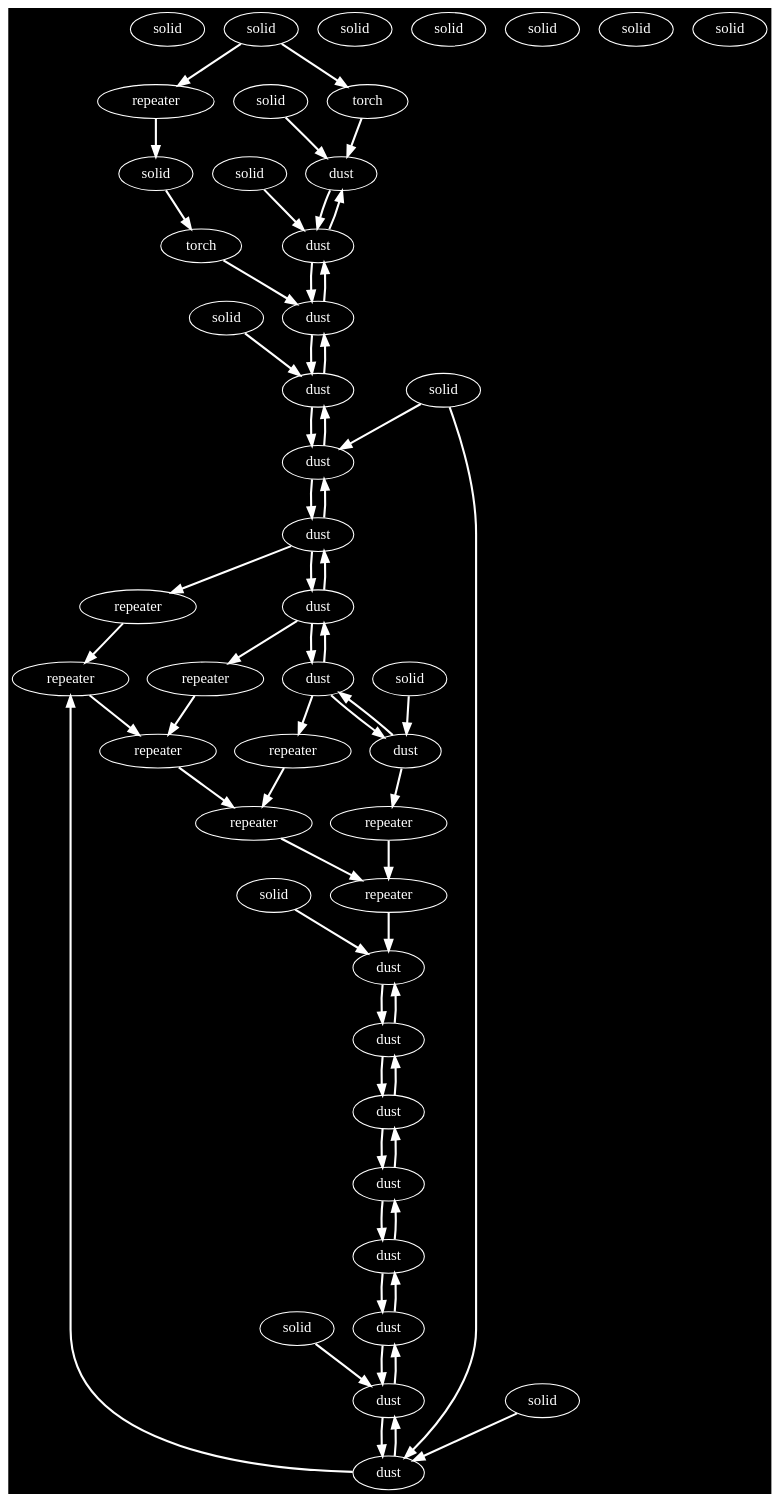
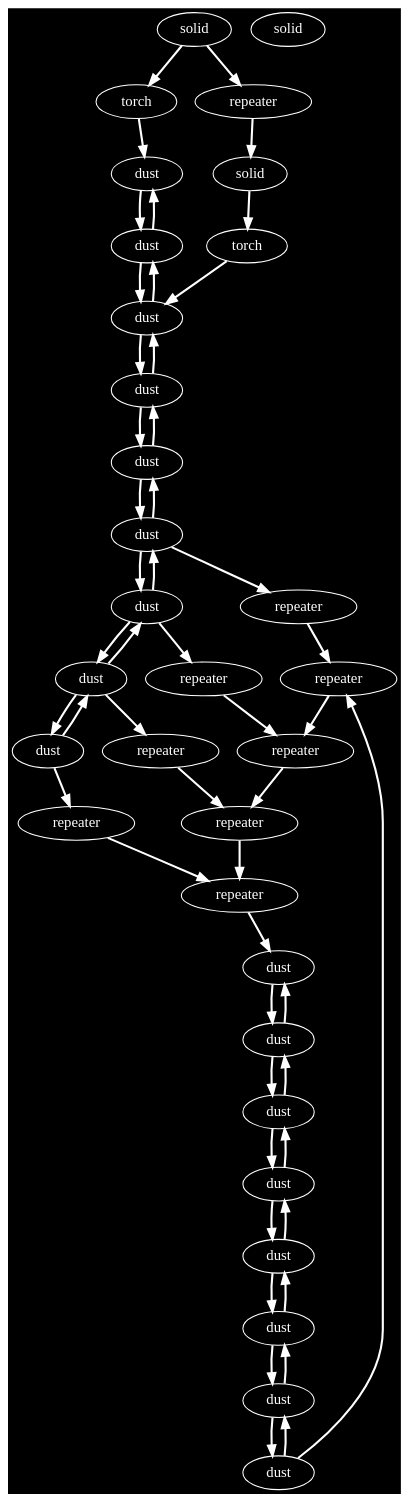
The diagram in common/src/main/java/in/lakazatong/pcbmod/redstone/examples/barrelshiftregister/barrel_shift_register.dot (lakazatong/PCBMod), drawn with Graphviz before and after one commit. The commit also changed 2 other files, not shown here.

```diff
--- a/common/src/main/java/in/lakazatong/pcbmod/redstone/examples/barrelshiftregister/barrel_shift_register.dot
+++ b/common/src/main/java/in/lakazatong/pcbmod/redstone/examples/barrelshiftregister/barrel_shift_register.dot
@@ -1,79 +1,64 @@
 digraph G {
     graph [bgcolor="black"];
-    "b9c15e73-9ecb-3daa-92ab-c95fe2925e75" [label="solid", style=filled, fillcolor="black", fontcolor="white", color="white", width=0.2, height=0.2];
     "79df7d33-2d57-3d20-9ada-cd3d04b6600f" [label="torch", style=filled, fillcolor="black", fontcolor="white", color="white", width=0.2, height=0.2];
     "ae5c3ec0-8f59-3a13-be35-a83d1c5bf039" -> "79df7d33-2d57-3d20-9ada-cd3d04b6600f" [color="white", arrowhead="normal", fontcolor="white", penwidth=2];
-    "5347ab2b-c54b-3604-96f0-26b7888cd3a1" [label="solid", style=filled, fillcolor="black", fontcolor="white", color="white", width=0.2, height=0.2];
     "5b571f68-0f15-3501-a320-b0a83a0254b0" [label="dust", style=filled, fillcolor="black", fontcolor="white", color="white", width=0.2, height=0.2];
+    "93c9a203-347c-32af-be83-3c4651199f25" -> "5b571f68-0f15-3501-a320-b0a83a0254b0" [color="white", arrowhead="normal", fontcolor="white", penwidth=2];
     "731819ad-7f4a-3e8a-9762-ef11a44172a9" -> "5b571f68-0f15-3501-a320-b0a83a0254b0" [color="white", arrowhead="normal", fontcolor="white", penwidth=2];
-    "93c9a203-347c-32af-be83-3c4651199f25" -> "5b571f68-0f15-3501-a320-b0a83a0254b0" [color="white", arrowhead="normal", fontcolor="white", penwidth=2];
+    "6e8699f1-07e9-3886-ac39-3d130127e887" [label="dust", style=filled, fillcolor="black", fontcolor="white", color="white", width=0.2, height=0.2];
+    "bfe9b9b4-8c47-3d21-b63b-7f53c41a60e2" -> "6e8699f1-07e9-3886-ac39-3d130127e887" [color="white", arrowhead="normal", fontcolor="white", penwidth=2];
+    "a8429368-62d3-3944-a286-bc658fb863d8" -> "6e8699f1-07e9-3886-ac39-3d130127e887" [color="white", arrowhead="normal", fontcolor="white", penwidth=2];
     "b5c2f3cf-6c87-3be1-bf80-d28025e2f21b" [label="solid", style=filled, fillcolor="black", fontcolor="white", color="white", width=0.2, height=0.2];
     "143daf94-f451-3ae6-b069-5bfc234f2cec" -> "b5c2f3cf-6c87-3be1-bf80-d28025e2f21b" [color="white", arrowhead="normal", fontcolor="white", penwidth=2];
-    "6e8699f1-07e9-3886-ac39-3d130127e887" [label="dust", style=filled, fillcolor="black", fontcolor="white", color="white", width=0.2, height=0.2];
-    "a8429368-62d3-3944-a286-bc658fb863d8" -> "6e8699f1-07e9-3886-ac39-3d130127e887" [color="white", arrowhead="normal", fontcolor="white", penwidth=2];
-    "cc63c546-47d9-3367-8ea4-4a239841f433" -> "6e8699f1-07e9-3886-ac39-3d130127e887" [color="white", arrowhead="normal", fontcolor="white", penwidth=2];
-    "bfe9b9b4-8c47-3d21-b63b-7f53c41a60e2" -> "6e8699f1-07e9-3886-ac39-3d130127e887" [color="white", arrowhead="normal", fontcolor="white", penwidth=2];
     "a0b8a2e1-807b-3ef1-8f82-0cbb61817378" [label="repeater", style=filled, fillcolor="black", fontcolor="white", color="white", width=0.2, height=0.2];
     "220de361-52fd-3d21-9d87-834fd0982ec4" -> "a0b8a2e1-807b-3ef1-8f82-0cbb61817378" [color="white", arrowhead="normal", fontcolor="white", penwidth=2];
-    "911149af-68a6-37f7-a04e-79d9e9e2934e" [label="solid", style=filled, fillcolor="black", fontcolor="white", color="white", width=0.2, height=0.2];
     "71b08495-6a86-375b-bd10-6399bc71acd4" [label="dust", style=filled, fillcolor="black", fontcolor="white", color="white", width=0.2, height=0.2];
-    "202901a9-65a6-3ada-ae39-645d281311e6" -> "71b08495-6a86-375b-bd10-6399bc71acd4" [color="white", arrowhead="normal", fontcolor="white", penwidth=2];
     "bfe9b9b4-8c47-3d21-b63b-7f53c41a60e2" -> "71b08495-6a86-375b-bd10-6399bc71acd4" [color="white", arrowhead="normal", fontcolor="white", penwidth=2];
     "dcedc68e-aaef-3f99-91cf-3883d9b53890" -> "71b08495-6a86-375b-bd10-6399bc71acd4" [color="white", arrowhead="normal", fontcolor="white", penwidth=2];
-    "59652766-359b-369a-be57-7ae10ed44df7" [label="solid", style=filled, fillcolor="black", fontcolor="white", color="white", width=0.2, height=0.2];
     "f11ffa8d-1c36-35fe-8378-cb3c0250a556" [label="dust", style=filled, fillcolor="black", fontcolor="white", color="white", width=0.2, height=0.2];
     "695c2b58-b2cd-36e8-8747-dad888f756e5" -> "f11ffa8d-1c36-35fe-8378-cb3c0250a556" [color="white", arrowhead="normal", fontcolor="white", penwidth=2];
     "57d8dfcb-3e15-3785-a9f8-d92c67260304" -> "f11ffa8d-1c36-35fe-8378-cb3c0250a556" [color="white", arrowhead="normal", fontcolor="white", penwidth=2];
-    "9b3f7a47-7d06-3637-9dcb-d8a5d70c4930" [label="solid", style=filled, fillcolor="black", fontcolor="white", color="white", width=0.2, height=0.2];
     "b3674d69-58f3-32f4-a34d-619b6201dc42" [label="repeater", style=filled, fillcolor="black", fontcolor="white", color="white", width=0.2, height=0.2];
+    "a0b8a2e1-807b-3ef1-8f82-0cbb61817378" -> "b3674d69-58f3-32f4-a34d-619b6201dc42" [color="white", arrowhead="normal", fontcolor="white", penwidth=2];
     "f4516df4-5e20-3dc2-b494-1ea993de6395" -> "b3674d69-58f3-32f4-a34d-619b6201dc42" [color="white", arrowhead="normal", fontcolor="white", penwidth=2];
-    "a0b8a2e1-807b-3ef1-8f82-0cbb61817378" -> "b3674d69-58f3-32f4-a34d-619b6201dc42" [color="white", arrowhead="normal", fontcolor="white", penwidth=2];
     "6ff95c65-d545-3e48-8207-e826dedabc76" [label="repeater", style=filled, fillcolor="black", fontcolor="white", color="white", width=0.2, height=0.2];
     "267b5d56-777a-3979-8a0c-28f87be30e9a" -> "6ff95c65-d545-3e48-8207-e826dedabc76" [color="white", arrowhead="normal", fontcolor="white", penwidth=2];
     "61219756-d840-3b11-bf42-37dbd296f7b4" [label="dust", style=filled, fillcolor="black", fontcolor="white", color="white", width=0.2, height=0.2];
     "93c9a203-347c-32af-be83-3c4651199f25" -> "61219756-d840-3b11-bf42-37dbd296f7b4" [color="white", arrowhead="normal", fontcolor="white", penwidth=2];
     "29c179f9-a450-3f5d-8676-022c50f4696a" -> "61219756-d840-3b11-bf42-37dbd296f7b4" [color="white", arrowhead="normal", fontcolor="white", penwidth=2];
-    "911149af-68a6-37f7-a04e-79d9e9e2934e" -> "61219756-d840-3b11-bf42-37dbd296f7b4" [color="white", arrowhead="normal", fontcolor="white", penwidth=2];
     "8cc3a70e-0ef4-3ef8-9715-bf8d620a08cd" [label="torch", style=filled, fillcolor="black", fontcolor="white", color="white", width=0.2, height=0.2];
     "b5c2f3cf-6c87-3be1-bf80-d28025e2f21b" -> "8cc3a70e-0ef4-3ef8-9715-bf8d620a08cd" [color="white", arrowhead="normal", fontcolor="white", penwidth=2];
-    "a1360e59-17f4-34c1-a6f4-d747a4a1b217" [label="solid", style=filled, fillcolor="black", fontcolor="white", color="white", width=0.2, height=0.2];
     "93c9a203-347c-32af-be83-3c4651199f25" [label="dust", style=filled, fillcolor="black", fontcolor="white", color="white", width=0.2, height=0.2];
+    "61219756-d840-3b11-bf42-37dbd296f7b4" -> "93c9a203-347c-32af-be83-3c4651199f25" [color="white", arrowhead="normal", fontcolor="white", penwidth=2];
     "5b571f68-0f15-3501-a320-b0a83a0254b0" -> "93c9a203-347c-32af-be83-3c4651199f25" [color="white", arrowhead="normal", fontcolor="white", penwidth=2];
-    "61219756-d840-3b11-bf42-37dbd296f7b4" -> "93c9a203-347c-32af-be83-3c4651199f25" [color="white", arrowhead="normal", fontcolor="white", penwidth=2];
     "cbbd73e2-2c5d-3fc1-b1a2-64cfc9b0657d" [label="dust", style=filled, fillcolor="black", fontcolor="white", color="white", width=0.2, height=0.2];
     "44ca0ece-ef77-3808-b467-15a54e5526c1" -> "cbbd73e2-2c5d-3fc1-b1a2-64cfc9b0657d" [color="white", arrowhead="normal", fontcolor="white", penwidth=2];
-    "97f0f680-d63b-3547-a0ce-e457be9fd927" -> "cbbd73e2-2c5d-3fc1-b1a2-64cfc9b0657d" [color="white", arrowhead="normal", fontcolor="white", penwidth=2];
     "267b5d56-777a-3979-8a0c-28f87be30e9a" [label="dust", style=filled, fillcolor="black", fontcolor="white", color="white", width=0.2, height=0.2];
     "a8429368-62d3-3944-a286-bc658fb863d8" -> "267b5d56-777a-3979-8a0c-28f87be30e9a" [color="white", arrowhead="normal", fontcolor="white", penwidth=2];
     "220de361-52fd-3d21-9d87-834fd0982ec4" -> "267b5d56-777a-3979-8a0c-28f87be30e9a" [color="white", arrowhead="normal", fontcolor="white", penwidth=2];
     "220de361-52fd-3d21-9d87-834fd0982ec4" [label="dust", style=filled, fillcolor="black", fontcolor="white", color="white", width=0.2, height=0.2];
+    "44ca0ece-ef77-3808-b467-15a54e5526c1" -> "220de361-52fd-3d21-9d87-834fd0982ec4" [color="white", arrowhead="normal", fontcolor="white", penwidth=2];
     "267b5d56-777a-3979-8a0c-28f87be30e9a" -> "220de361-52fd-3d21-9d87-834fd0982ec4" [color="white", arrowhead="normal", fontcolor="white", penwidth=2];
-    "44ca0ece-ef77-3808-b467-15a54e5526c1" -> "220de361-52fd-3d21-9d87-834fd0982ec4" [color="white", arrowhead="normal", fontcolor="white", penwidth=2];
     "009a3cb1-4a7e-3cf6-963d-5ec36d3ac40f" [label="repeater", style=filled, fillcolor="black", fontcolor="white", color="white", width=0.2, height=0.2];
+    "222a7fb5-fd6f-31a6-969b-346b9d6d4a7b" -> "009a3cb1-4a7e-3cf6-963d-5ec36d3ac40f" [color="white", arrowhead="normal", fontcolor="white", penwidth=2];
     "b3674d69-58f3-32f4-a34d-619b6201dc42" -> "009a3cb1-4a7e-3cf6-963d-5ec36d3ac40f" [color="white", arrowhead="normal", fontcolor="white", penwidth=2];
-    "222a7fb5-fd6f-31a6-969b-346b9d6d4a7b" -> "009a3cb1-4a7e-3cf6-963d-5ec36d3ac40f" [color="white", arrowhead="normal", fontcolor="white", penwidth=2];
     "143daf94-f451-3ae6-b069-5bfc234f2cec" [label="repeater", style=filled, fillcolor="black", fontcolor="white", color="white", width=0.2, height=0.2];
     "ae5c3ec0-8f59-3a13-be35-a83d1c5bf039" -> "143daf94-f451-3ae6-b069-5bfc234f2cec" [color="white", arrowhead="normal", fontcolor="white", penwidth=2];
     "bfe9b9b4-8c47-3d21-b63b-7f53c41a60e2" [label="dust", style=filled, fillcolor="black", fontcolor="white", color="white", width=0.2, height=0.2];
-    "6e8699f1-07e9-3886-ac39-3d130127e887" -> "bfe9b9b4-8c47-3d21-b63b-7f53c41a60e2" [color="white", arrowhead="normal", fontcolor="white", penwidth=2];
     "71b08495-6a86-375b-bd10-6399bc71acd4" -> "bfe9b9b4-8c47-3d21-b63b-7f53c41a60e2" [color="white", arrowhead="normal", fontcolor="white", penwidth=2];
     "8cc3a70e-0ef4-3ef8-9715-bf8d620a08cd" -> "bfe9b9b4-8c47-3d21-b63b-7f53c41a60e2" [color="white", arrowhead="normal", fontcolor="white", penwidth=2];
+    "6e8699f1-07e9-3886-ac39-3d130127e887" -> "bfe9b9b4-8c47-3d21-b63b-7f53c41a60e2" [color="white", arrowhead="normal", fontcolor="white", penwidth=2];
     "7c407d07-70a8-349e-9dea-9706270d5a7c" [label="repeater", style=filled, fillcolor="black", fontcolor="white", color="white", width=0.2, height=0.2];
     "cbbd73e2-2c5d-3fc1-b1a2-64cfc9b0657d" -> "7c407d07-70a8-349e-9dea-9706270d5a7c" [color="white", arrowhead="normal", fontcolor="white", penwidth=2];
     "695c2b58-b2cd-36e8-8747-dad888f756e5" [label="dust", style=filled, fillcolor="black", fontcolor="white", color="white", width=0.2, height=0.2];
-    "6bddd822-2136-38da-8e2d-4d47f6697966" -> "695c2b58-b2cd-36e8-8747-dad888f756e5" [color="white", arrowhead="normal", fontcolor="white", penwidth=2];
     "f11ffa8d-1c36-35fe-8378-cb3c0250a556" -> "695c2b58-b2cd-36e8-8747-dad888f756e5" [color="white", arrowhead="normal", fontcolor="white", penwidth=2];
     "ca50d698-bdd8-38ba-bb4f-338b9d828919" -> "695c2b58-b2cd-36e8-8747-dad888f756e5" [color="white", arrowhead="normal", fontcolor="white", penwidth=2];
-    "1d9acc7d-fce5-3346-9ecd-6664a05c1cdd" [label="solid", style=filled, fillcolor="black", fontcolor="white", color="white", width=0.2, height=0.2];
-    "97f0f680-d63b-3547-a0ce-e457be9fd927" [label="solid", style=filled, fillcolor="black", fontcolor="white", color="white", width=0.2, height=0.2];
     "44ca0ece-ef77-3808-b467-15a54e5526c1" [label="dust", style=filled, fillcolor="black", fontcolor="white", color="white", width=0.2, height=0.2];
     "220de361-52fd-3d21-9d87-834fd0982ec4" -> "44ca0ece-ef77-3808-b467-15a54e5526c1" [color="white", arrowhead="normal", fontcolor="white", penwidth=2];
     "cbbd73e2-2c5d-3fc1-b1a2-64cfc9b0657d" -> "44ca0ece-ef77-3808-b467-15a54e5526c1" [color="white", arrowhead="normal", fontcolor="white", penwidth=2];
-    "202901a9-65a6-3ada-ae39-645d281311e6" [label="solid", style=filled, fillcolor="black", fontcolor="white", color="white", width=0.2, height=0.2];
     "731819ad-7f4a-3e8a-9762-ef11a44172a9" [label="dust", style=filled, fillcolor="black", fontcolor="white", color="white", width=0.2, height=0.2];
     "57d8dfcb-3e15-3785-a9f8-d92c67260304" -> "731819ad-7f4a-3e8a-9762-ef11a44172a9" [color="white", arrowhead="normal", fontcolor="white", penwidth=2];
     "5b571f68-0f15-3501-a320-b0a83a0254b0" -> "731819ad-7f4a-3e8a-9762-ef11a44172a9" [color="white", arrowhead="normal", fontcolor="white", penwidth=2];
-    "cc63c546-47d9-3367-8ea4-4a239841f433" [label="solid", style=filled, fillcolor="black", fontcolor="white", color="white", width=0.2, height=0.2];
     "38eb184d-552f-3a21-aa7f-6a6563d916c5" [label="solid", style=filled, fillcolor="black", fontcolor="white", color="white", width=0.2, height=0.2];
     "222a7fb5-fd6f-31a6-969b-346b9d6d4a7b" [label="repeater", style=filled, fillcolor="black", fontcolor="white", color="white", width=0.2, height=0.2];
     "44ca0ece-ef77-3808-b467-15a54e5526c1" -> "222a7fb5-fd6f-31a6-969b-346b9d6d4a7b" [color="white", arrowhead="normal", fontcolor="white", penwidth=2];
@@ -84,22 +69,15 @@
     "6ff95c65-d545-3e48-8207-e826dedabc76" -> "f4516df4-5e20-3dc2-b494-1ea993de6395" [color="white", arrowhead="normal", fontcolor="white", penwidth=2];
     "ca50d698-bdd8-38ba-bb4f-338b9d828919" -> "f4516df4-5e20-3dc2-b494-1ea993de6395" [color="white", arrowhead="normal", fontcolor="white", penwidth=2];
     "57d8dfcb-3e15-3785-a9f8-d92c67260304" [label="dust", style=filled, fillcolor="black", fontcolor="white", color="white", width=0.2, height=0.2];
+    "f11ffa8d-1c36-35fe-8378-cb3c0250a556" -> "57d8dfcb-3e15-3785-a9f8-d92c67260304" [color="white", arrowhead="normal", fontcolor="white", penwidth=2];
     "731819ad-7f4a-3e8a-9762-ef11a44172a9" -> "57d8dfcb-3e15-3785-a9f8-d92c67260304" [color="white", arrowhead="normal", fontcolor="white", penwidth=2];
-    "f11ffa8d-1c36-35fe-8378-cb3c0250a556" -> "57d8dfcb-3e15-3785-a9f8-d92c67260304" [color="white", arrowhead="normal", fontcolor="white", penwidth=2];
     "ca50d698-bdd8-38ba-bb4f-338b9d828919" [label="dust", style=filled, fillcolor="black", fontcolor="white", color="white", width=0.2, height=0.2];
     "695c2b58-b2cd-36e8-8747-dad888f756e5" -> "ca50d698-bdd8-38ba-bb4f-338b9d828919" [color="white", arrowhead="normal", fontcolor="white", penwidth=2];
-    "87ed5b72-f553-389b-956d-7719fed7e18c" -> "ca50d698-bdd8-38ba-bb4f-338b9d828919" [color="white", arrowhead="normal", fontcolor="white", penwidth=2];
-    "1d9acc7d-fce5-3346-9ecd-6664a05c1cdd" -> "ca50d698-bdd8-38ba-bb4f-338b9d828919" [color="white", arrowhead="normal", fontcolor="white", penwidth=2];
-    "6bddd822-2136-38da-8e2d-4d47f6697966" [label="solid", style=filled, fillcolor="black", fontcolor="white", color="white", width=0.2, height=0.2];
-    "87ed5b72-f553-389b-956d-7719fed7e18c" [label="solid", style=filled, fillcolor="black", fontcolor="white", color="white", width=0.2, height=0.2];
-    "870ed7a9-1045-3d9b-8b13-8b295d6cae57" [label="solid", style=filled, fillcolor="black", fontcolor="white", color="white", width=0.2, height=0.2];
+    "dcedc68e-aaef-3f99-91cf-3883d9b53890" [label="dust", style=filled, fillcolor="black", fontcolor="white", color="white", width=0.2, height=0.2];
+    "71b08495-6a86-375b-bd10-6399bc71acd4" -> "dcedc68e-aaef-3f99-91cf-3883d9b53890" [color="white", arrowhead="normal", fontcolor="white", penwidth=2];
+    "79df7d33-2d57-3d20-9ada-cd3d04b6600f" -> "dcedc68e-aaef-3f99-91cf-3883d9b53890" [color="white", arrowhead="normal", fontcolor="white", penwidth=2];
     "ae5c3ec0-8f59-3a13-be35-a83d1c5bf039" [label="solid", style=filled, fillcolor="black", fontcolor="white", color="white", width=0.2, height=0.2];
-    "dcedc68e-aaef-3f99-91cf-3883d9b53890" [label="dust", style=filled, fillcolor="black", fontcolor="white", color="white", width=0.2, height=0.2];
-    "79df7d33-2d57-3d20-9ada-cd3d04b6600f" -> "dcedc68e-aaef-3f99-91cf-3883d9b53890" [color="white", arrowhead="normal", fontcolor="white", penwidth=2];
-    "870ed7a9-1045-3d9b-8b13-8b295d6cae57" -> "dcedc68e-aaef-3f99-91cf-3883d9b53890" [color="white", arrowhead="normal", fontcolor="white", penwidth=2];
-    "71b08495-6a86-375b-bd10-6399bc71acd4" -> "dcedc68e-aaef-3f99-91cf-3883d9b53890" [color="white", arrowhead="normal", fontcolor="white", penwidth=2];
     "a8429368-62d3-3944-a286-bc658fb863d8" [label="dust", style=filled, fillcolor="black", fontcolor="white", color="white", width=0.2, height=0.2];
     "6e8699f1-07e9-3886-ac39-3d130127e887" -> "a8429368-62d3-3944-a286-bc658fb863d8" [color="white", arrowhead="normal", fontcolor="white", penwidth=2];
     "267b5d56-777a-3979-8a0c-28f87be30e9a" -> "a8429368-62d3-3944-a286-bc658fb863d8" [color="white", arrowhead="normal", fontcolor="white", penwidth=2];
-    "1d9acc7d-fce5-3346-9ecd-6664a05c1cdd" -> "a8429368-62d3-3944-a286-bc658fb863d8" [color="white", arrowhead="normal", fontcolor="white", penwidth=2];
 }
```
